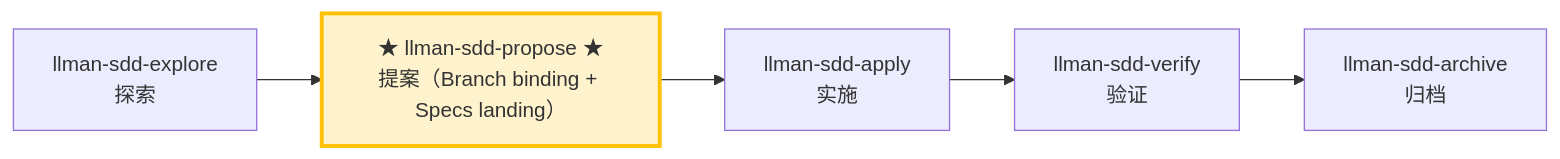
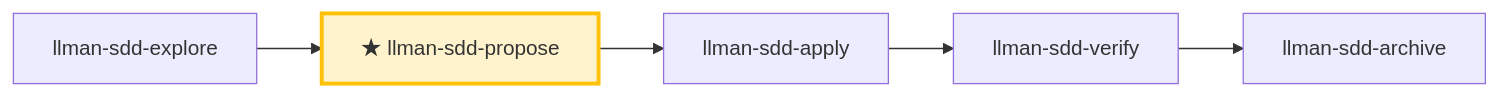
One commit to StrayDragon/xylitol changed the second of 2 diagrams in .agents/skills/llman-sdd-propose/SKILL.md. Above: the diagram before and after it, drawn with Mermaid. The commit also changed other lines of this file and 13 other files, not shown here.

First line of the commit message:
chore(skills): refresh llman-sdd skills to 0.5.0 official templates (init --update)

````diff
--- a/.agents/skills/llman-sdd-propose/SKILL.md
+++ b/.agents/skills/llman-sdd-propose/SKILL.md
@@ -67,10 +74,9 @@
 ```mermaid
 flowchart LR
-    explore["llman-sdd-explore<br/>探索"] --> propose
-    propose["★ llman-sdd-propose ★<br/>提案（Branch binding + Specs landing）"]
-    propose --> apply["llman-sdd-apply<br/>实施"]
-    apply --> verify["llman-sdd-verify<br/>验证"]
-    verify --> archive["llman-sdd-archive<br/>归档"]
+    explore["llman-sdd-explore"] --> propose["★ llman-sdd-propose"]
+    propose --> apply["llman-sdd-apply"]
+    apply --> verify["llman-sdd-verify"]
+    verify --> archive["llman-sdd-archive"]
 
     style propose fill:#fff3cd,stroke:#ffc107,stroke-width:3px
 ```
````
